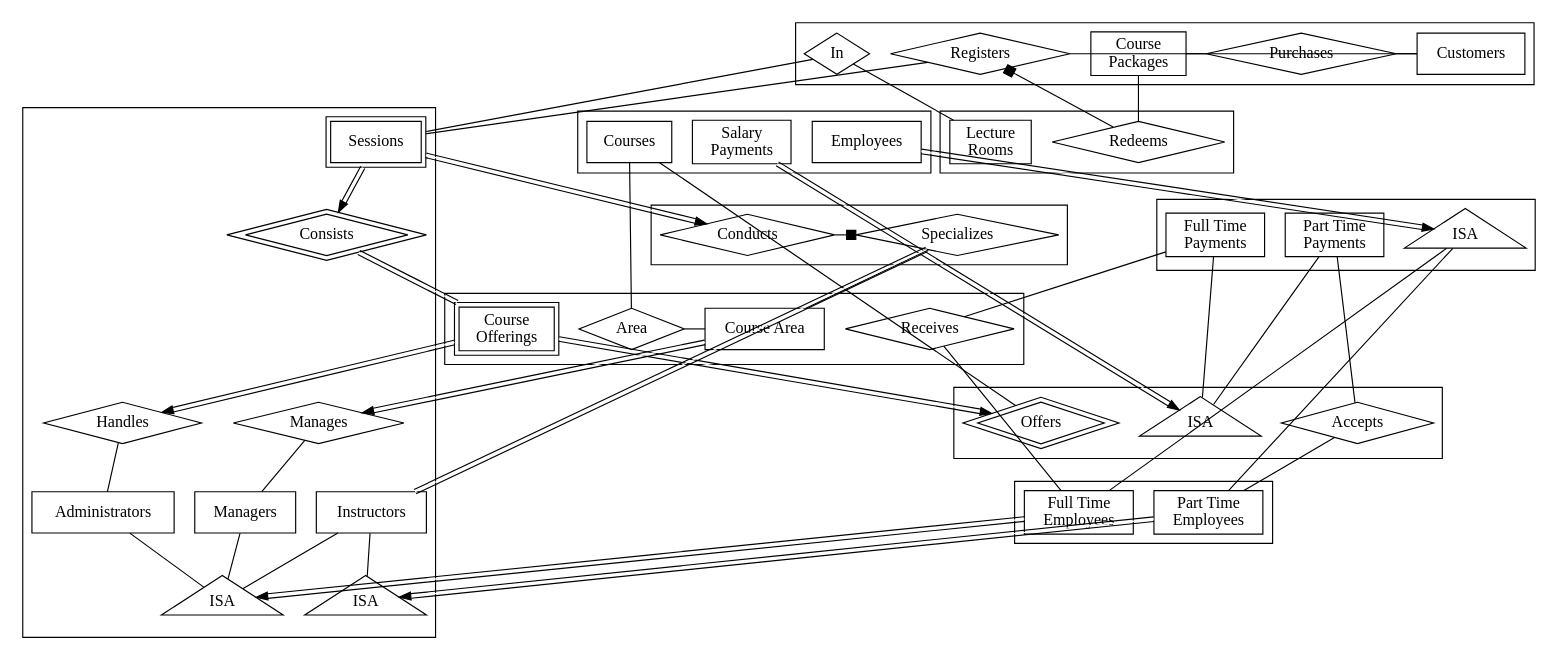
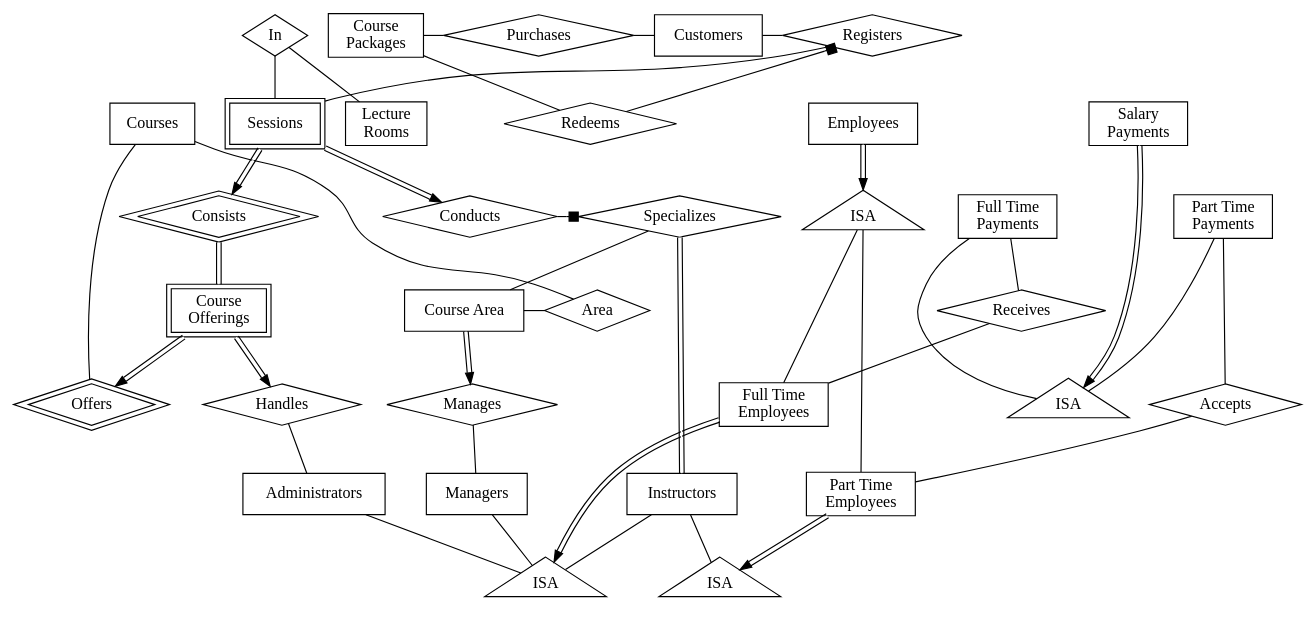
The diagram in test2.dot (hjl99/cs2102), drawn with Graphviz before and after one commit. The commit also changed 3 other files, not shown here.

```diff
--- a/test2.dot
+++ b/test2.dot
@@ -1,11 +1,14 @@
 digraph project {
     newrank=true;
 	overlap=false;
-	splines=false;
+    //splines=false;
+    ordering=out;
     rankdir=TB;
 
-    subgraph cluster1 {
-        rank=max;
+    {
+        rank=min;
+        ordering=out;
+        style="invis";
         // Courses
         node [shape=box]; Courses;
         // node [shape=ellipse]; courseId;
@@ -41,8 +44,10 @@
         // Employees -> dateDeparted [dir=none];
     }
 
-    subgraph cluster2 {
+    {
         rank=same;
+        ordering=out;
+        style="invis";
 
         // Offers
         node [shape=diamond]; Offers [peripheries=2];
@@ -52,8 +57,10 @@
         node [shape=diamond]; Accepts;
     }
 
-    subgraph cluster3 {
+    {
         rank=same;
+        ordering=out;
+        style="invis";
         // Full Time Payments
         node [shape=box]; FTP [label="Full Time\nPayments"];
         // node [shape=ellipse]; salary;
@@ -67,9 +74,10 @@
         node [style="",shape=triangle]; isa_Employee_1 [label="ISA"];
     }
 
-    subgraph cluster4 {
+    {
         rank=same;
         ordering=out;
+        style="invis";
         // Course Offerings
         node [shape=box]; CO [label="Course\nOfferings"] [peripheries=2];
         // node [shape=ellipse]; fees;
@@ -90,8 +98,18 @@
         node [shape=diamond]; Receives;
     }
 
-    subgraph cluster5 {
-        rank=same;
+    {
+        rank=5;
+        ordering=out;
+        style="invis";
+
+        // Consists
+        node [shape=diamond]; Consists [peripheries=2];
+        node [style="",shape=triangle]; isa_FTE_1 [label="ISA"];
+        node [style="",shape=triangle]; isa_PTE_1 [label="ISA"];
+
+        // Handles
+        node [shape=diamond]; Handles;
 
         node [shape=box]; FTE [label="Full Time\nEmployees"];
         // node [shape=ellipse]; monthlySalary;
@@ -103,14 +121,10 @@
         // PTE -> hourlyRate [dir=none];
     }
 
-    subgraph cluster6 {
-        // Consists
-        node [shape=diamond]; Consists [peripheries=2];
-        node [style="",shape=triangle]; isa_FTE_1 [label="ISA"];
-        node [style="",shape=triangle]; isa_PTE_1 [label="ISA"];
-
-        // Handles
-        node [shape=diamond]; Handles;
+    {
+        rank=6;
+        ordering=out;
+        style="invis";
 
         // Sessions
         node [shape=box]; Sessions [peripheries=2];
@@ -124,8 +138,6 @@
         // Manages
         node [shape=diamond]; Manages;
 
-        // Administrators
-        node [shape=box]; Administrators;
 
         // Instructors
         node [shape=box]; Instructors;
@@ -134,10 +146,15 @@
 
         // Managers
         node [shape=box]; Managers;
+
+        // Administrators
+        node [shape=box]; Administrators;
     }
 
-    subgraph cluster7 {
+    {
         rank=same;
+        ordering=out;
+        style="invis";
         // Conducts
         node [shape=diamond]; Conducts;
 
@@ -145,9 +162,10 @@
         node [shape=diamond]; Specializes;
     }
 
-    subgraph cluster8 {
+    {
         rank=same;
         ordering=out;
+        style="invis";
         // In
         node [shape=diamond]; In;
 
@@ -186,8 +204,10 @@
         // CP -> price [dir=none];
     }
 
-    subgraph cluster9 {
-        rank=min;
+    {
+        rank=max;
+        ordering=out;
+        style="invis";
 
         // Lecture Rooms
         node [shape=box]; LR [label="Lecture\nRooms"];
```
